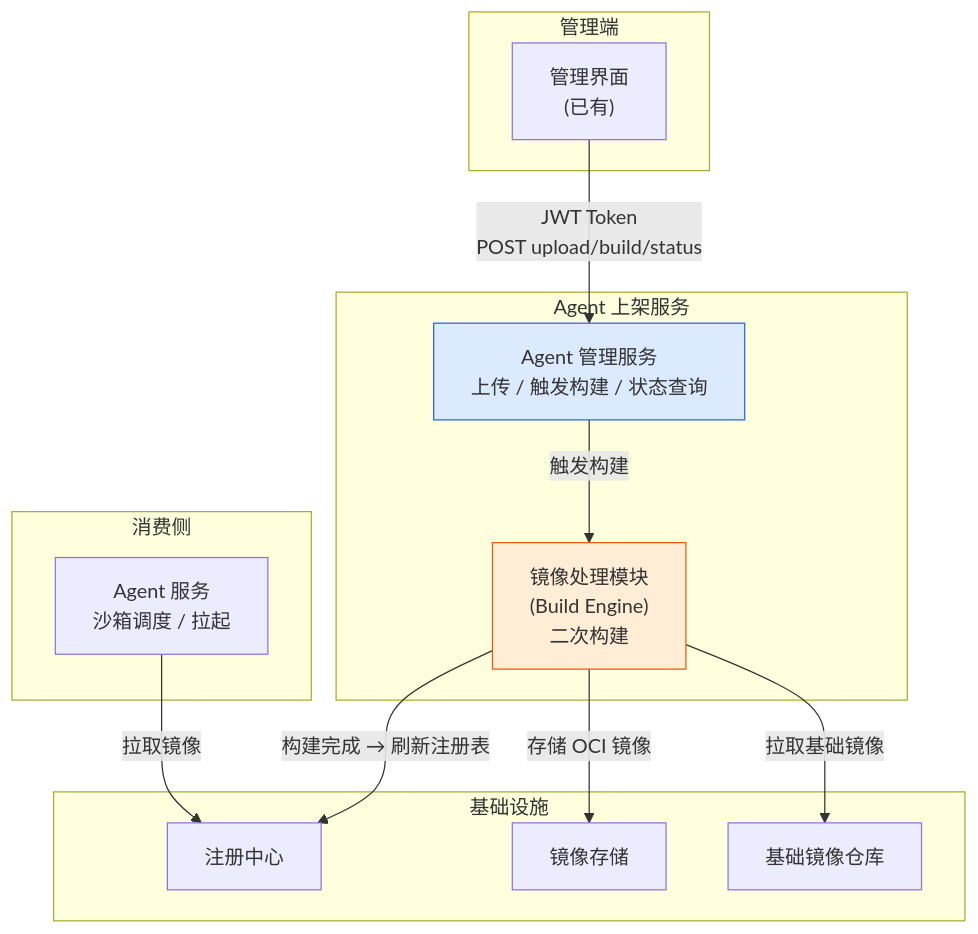
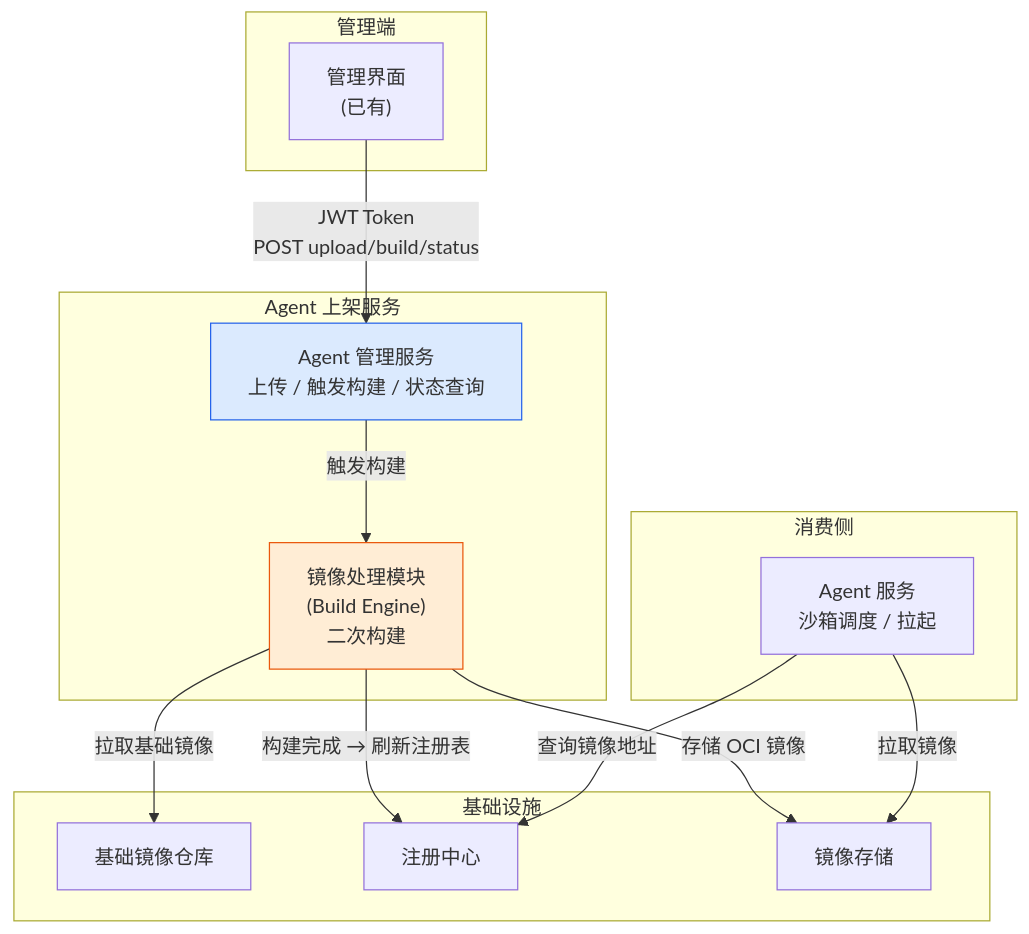
One commit to csoulnd/InferTechNote changed the first of 3 diagrams in codeagent/docs/design/claude-code-offline-install.md. Above: the diagram before and after it, drawn with Mermaid. The commit also changed other lines of this file, not shown here.

Commit message:
docs: 修正注册中心职责描述（仅维护注册表），更新构建流程图为Mermaid格式

````diff
--- a/codeagent/docs/design/claude-code-offline-install.md
+++ b/codeagent/docs/design/claude-code-offline-install.md
@@ -39,31 +39,32 @@
 ```mermaid
 flowchart TB
     subgraph 管理端
         UI["管理界面<br/>(已有)"]
     end
 
     subgraph Agent 上架服务
         AM["Agent 管理服务<br/>上传 / 触发构建 / 状态查询"]
         BE["镜像处理模块<br/>(Build Engine)<br/>二次构建"]
     end
 
     subgraph 基础设施
         BR["基础镜像仓库"]
         REG["注册中心"]
         STORE["镜像存储"]
     end
 
     subgraph 消费侧
         SANDBOX["Agent 服务<br/>沙箱调度 / 拉起"]
     end
 
     UI -->|"JWT Token<br/>POST upload/build/status"| AM
     AM -->|"触发构建"| BE
     BE -->|"拉取基础镜像"| BR
     BE -->|"存储 OCI 镜像"| STORE
     BE -->|"构建完成 → 刷新注册表"| REG
-    SANDBOX -->|"拉取镜像"| REG
+    SANDBOX -->|"查询镜像地址"| REG
+    SANDBOX -->|"拉取镜像"| STORE
 
     style BE fill:#ffedd5,stroke:#ea580c
     style AM fill:#dbeafe,stroke:#2563eb
 ```
````
